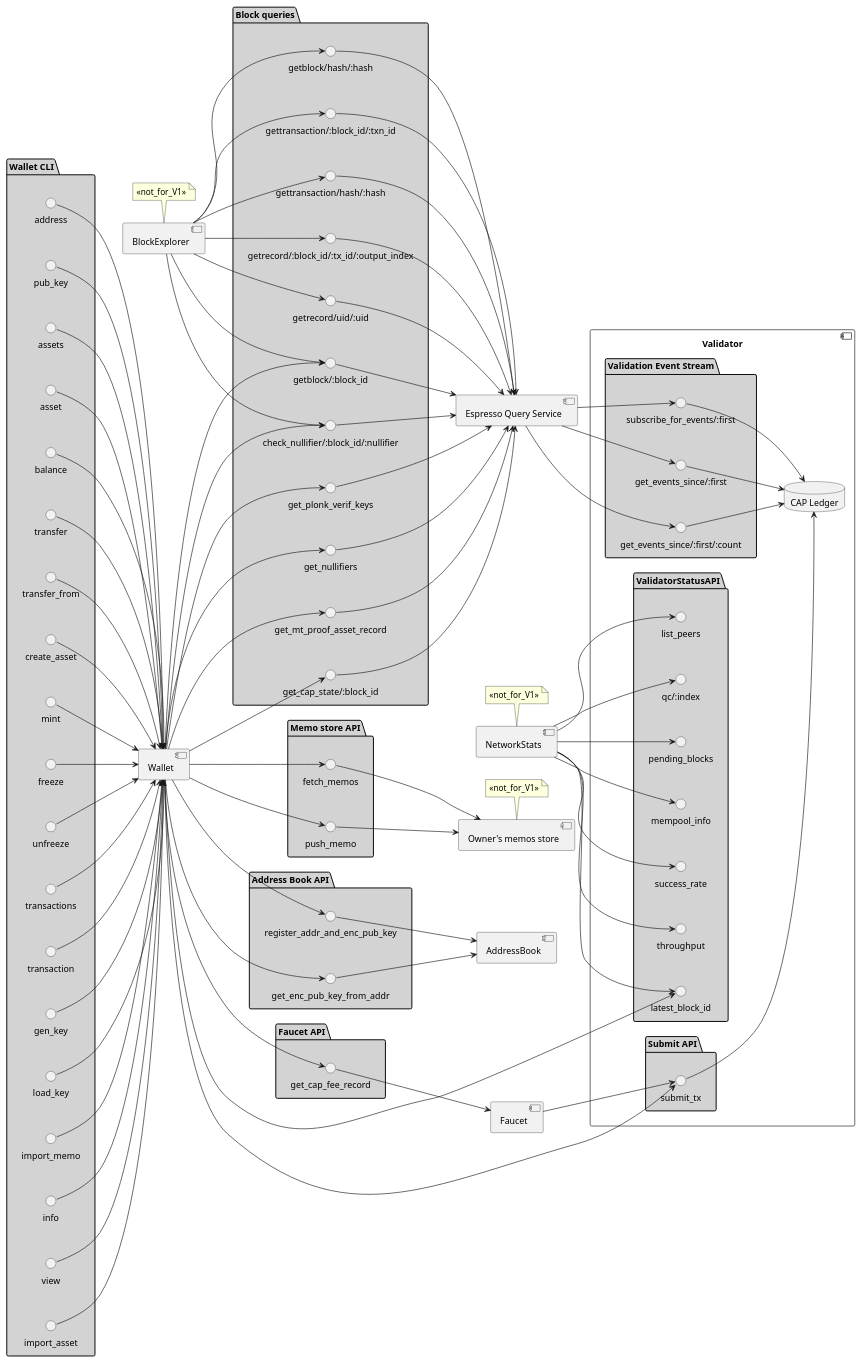
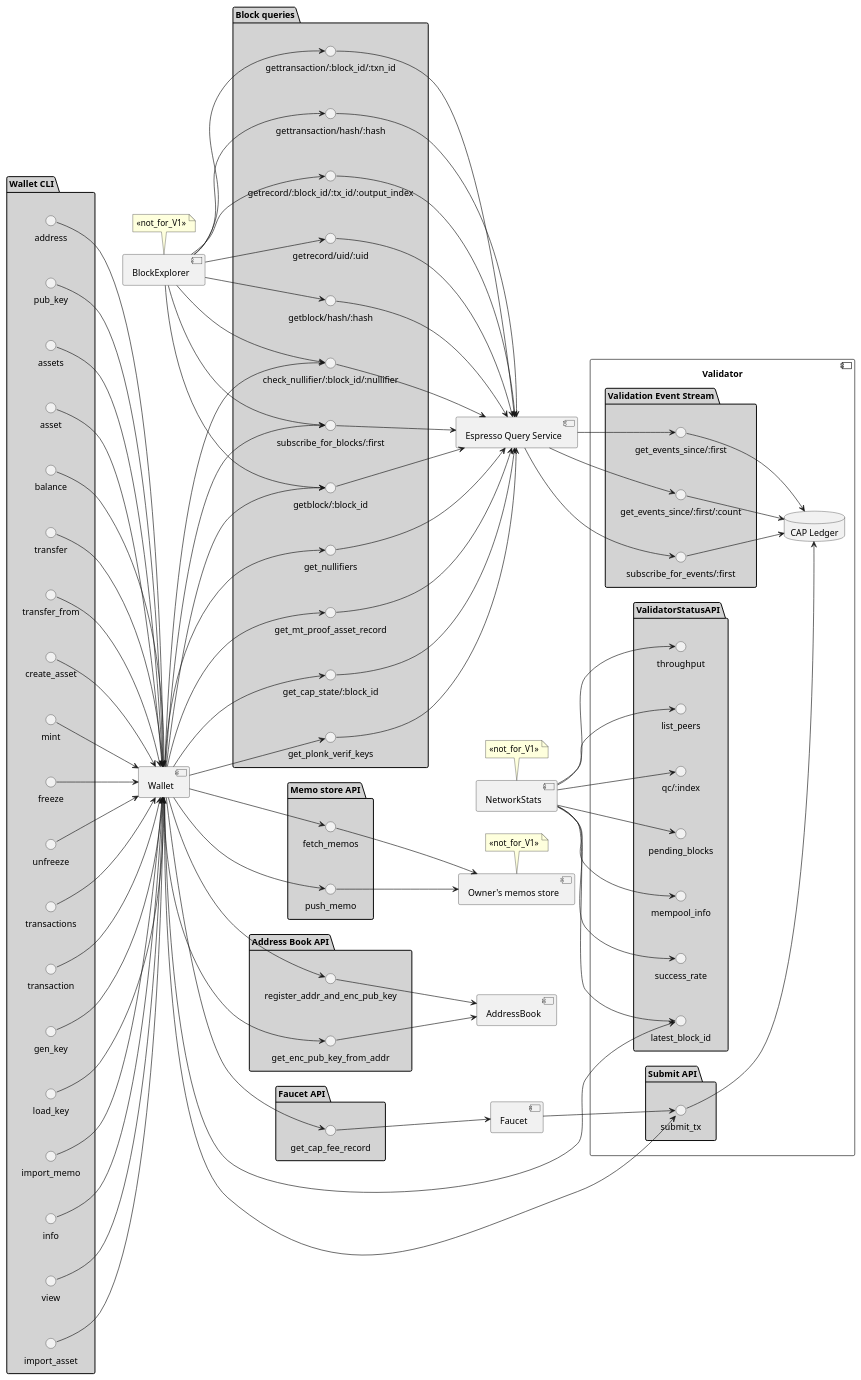
The diagram in doc/architecture/global_architecture_components_diagram.puml (EspressoSystems/espresso), drawn with PlantUML before and after one commit. The commit also changed 1 other file, not shown here.

Commit message:
Wallet subscribes to block events via EsQS instead of some Validator.

```diff
--- a/doc/architecture/global_architecture_components_diagram.puml
+++ b/doc/architecture/global_architecture_components_diagram.puml
@@ -1,149 +1,153 @@
 @startuml
 
 component "Wallet" as Wallet
 left to right direction
 
 package "Wallet CLI" #lightgray {
     address --> Wallet
     pub_key --> Wallet
     assets --> Wallet
     asset --> Wallet
     balance --> Wallet
     transfer --> Wallet
     transfer_from --> Wallet
     create_asset --> Wallet
     mint --> Wallet
     freeze --> Wallet
     unfreeze --> Wallet
     transactions --> Wallet
     transaction --> Wallet
     gen_key --> Wallet
     load_key --> Wallet
     import_memo --> Wallet
     info --> Wallet
     view --> Wallet
     import_asset --> Wallet
 }
 
 component "Espresso Query Service" as EsQS
 component BlockExplorer as BE
 note top of BE: <<not_for_V1>>
 
 component NetworkStats as NS
 note top of NS: <<not_for_V1>>
 
 [Owner's memos store] as OMS
 note top of OMS: <<not_for_V1>>
 package "Memo store API" #lightgray {
     interface fetch_memos
     interface push_memo
     fetch_memos --> OMS
     push_memo --> OMS
 }
 
 [AddressBook] as AB
 package "Address Book API" #lightgray {
     interface register_addr_and_enc_pub_key
     interface get_enc_pub_key_from_addr
     register_addr_and_enc_pub_key --> AB
     get_enc_pub_key_from_addr --> AB
 }
 
 [Faucet] as F
 package "Faucet API" #lightgray {
     get_cap_fee_record --> F
 }
 
 package "Block queries" as BQ #lightgray {
     interface "getblock/:block_id" as get_block_block_id
     interface  "getblock/hash/:hash" as get_block_hash
+    interface "subscribe_for_blocks/:first" as sus_blocks_first
     interface  "gettransaction/:block_id/:txn_id" as get_transaction_block_id_tx_id
     interface "gettransaction/hash/:hash" as get_transaction_hash
     interface "getrecord/:block_id/:tx_id/:output_index" as get_record_block_id_tx_id_output_index
     interface "getrecord/uid/:uid" as get_record_uid
     interface "check_nullifier/:block_id/:nullifier" as check_nullifier_block_id_nullifier
     interface "get_cap_state/:block_id" as get_cap_state_block_id
 
     get_block_block_id --> EsQS
     get_block_hash --> EsQS
     get_transaction_block_id_tx_id --> EsQS
     get_transaction_hash --> EsQS
     get_record_block_id_tx_id_output_index --> EsQS
     get_record_uid --> EsQS
+    sus_blocks_first --> EsQS
     check_nullifier_block_id_nullifier --> EsQS
 
     get_cap_state_block_id --> EsQS
     get_plonk_verif_keys --> EsQS
     get_nullifiers --> EsQS
     get_mt_proof_asset_record --> EsQS
 
 }
 
 component Validator #white {
 
     package "Submit API" #lightgray {
         interface submit_tx
     }
 
     package ValidatorStatusAPI #lightgray {
         interface list_peers
         interface "qc/:index" as qc_index
         interface "pending_blocks"
         interface latest_block_id
         interface mempool_info
         interface success_rate
         interface throughput
     }
 
     package "Validation Event Stream" as VES #lightgray {
         interface "subscribe_for_events/:first" as sus_events_first
         interface  "get_events_since/:first" as get_events_since_first
         interface  "get_events_since/:first/:count" as get_events_since_first_count
     }
 
     database "CAP Ledger" as CAPLedger{
         submit_tx --> CAPLedger
     }
 
     sus_events_first --> CAPLedger
     get_events_since_first --> CAPLedger
     get_events_since_first_count --> CAPLedger
 }
 
 Wallet --> fetch_memos
 Wallet --> submit_tx
 Wallet --> push_memo
 Wallet --> get_mt_proof_asset_record
 Wallet --> register_addr_and_enc_pub_key
 Wallet --> get_enc_pub_key_from_addr
 Wallet --> get_cap_state_block_id
 Wallet --> get_plonk_verif_keys
 Wallet --> get_cap_fee_record
 Wallet --> get_nullifiers
 Wallet --> get_block_block_id
+Wallet --> sus_blocks_first
 Wallet --> check_nullifier_block_id_nullifier
 Wallet --> latest_block_id
 
 BE --> get_block_block_id
+BE --> sus_blocks_first
 BE --> get_block_hash
 BE --> get_transaction_block_id_tx_id
 BE --> get_transaction_hash
 BE --> get_record_block_id_tx_id_output_index
 BE --> get_record_uid
 BE --> check_nullifier_block_id_nullifier
 
 NS --> list_peers
 NS --> qc_index
 NS --> latest_block_id
 NS --> pending_blocks
 NS --> mempool_info
 NS --> success_rate
 NS --> throughput
 
 EsQS --> sus_events_first
 EsQS --> get_events_since_first
 EsQS --> get_events_since_first_count
 
 F --> submit_tx
 
 @enduml
```
